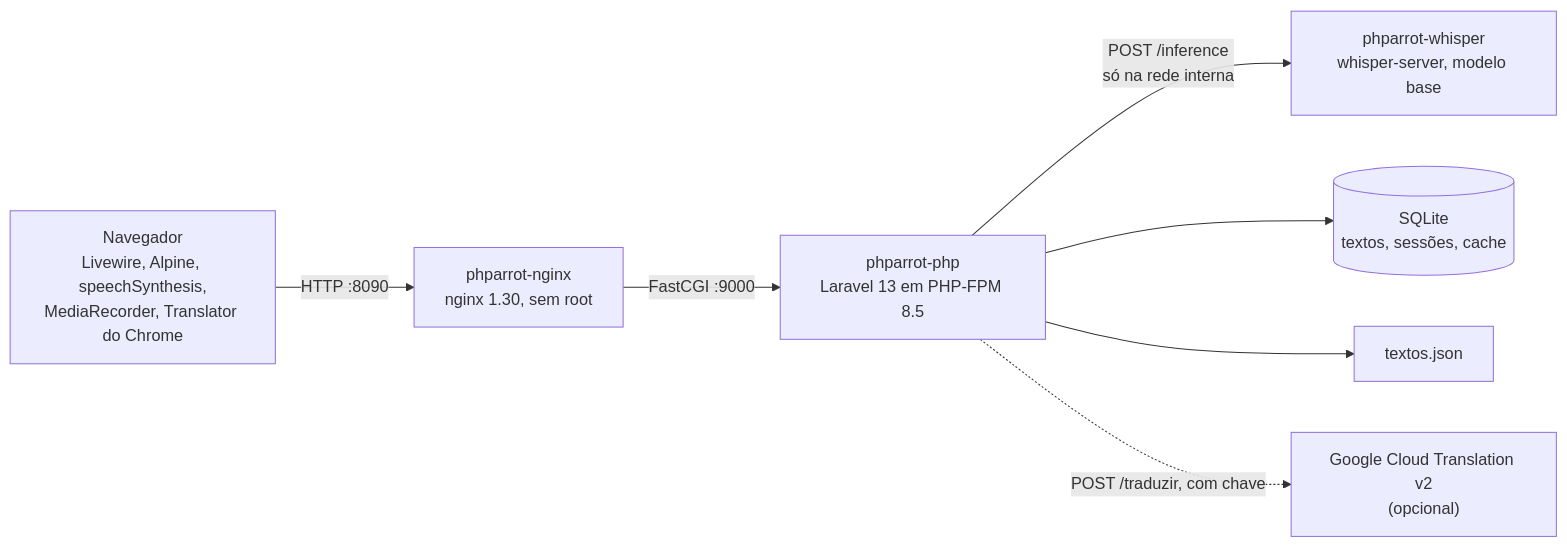
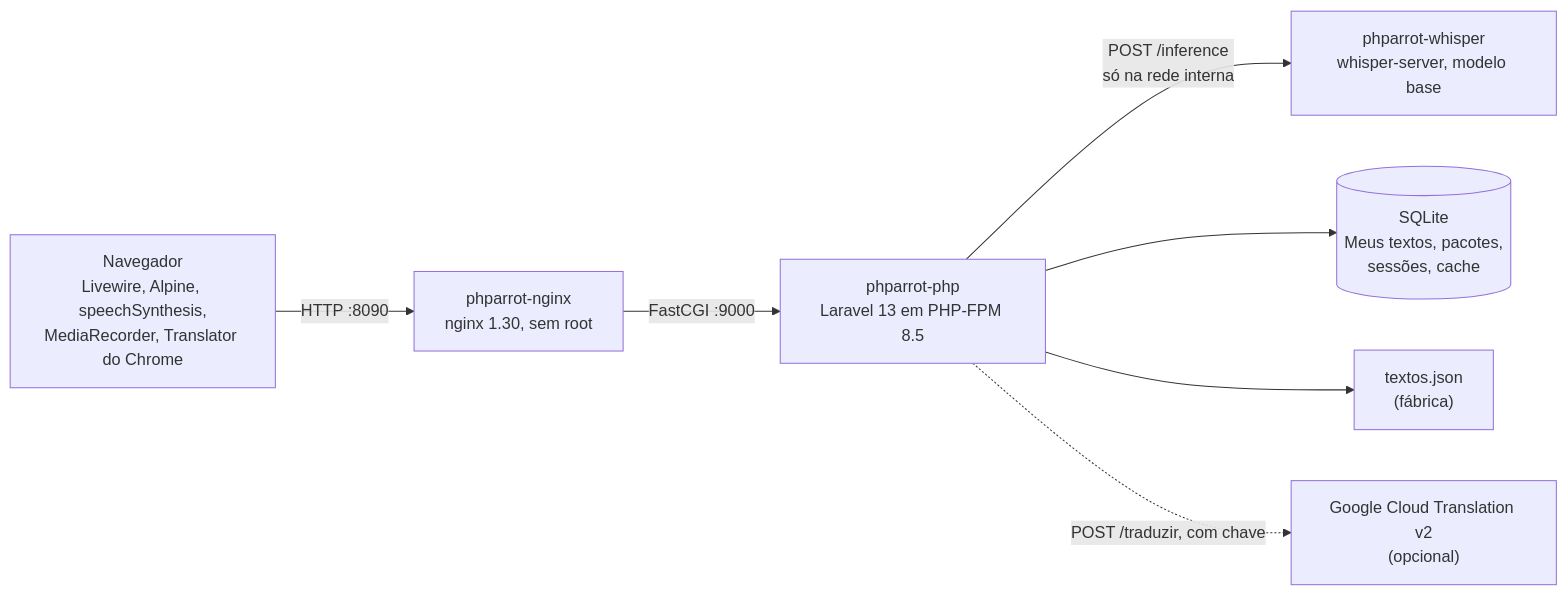
Before and after one commit to caiobarilli/PHParrot: the diagram in docs/arquitetura.md, drawn with Mermaid. The commit also changed other lines of this file and 5 other files, not shown here.

Commit message:
docs: pacotes, temas e textos:validar no README e em docs

````diff
--- a/docs/arquitetura.md
+++ b/docs/arquitetura.md
@@ -5,17 +5,17 @@
 ```mermaid
 flowchart LR
     nav["Navegador<br/>Livewire, Alpine, speechSynthesis,<br/>MediaRecorder, Translator do Chrome"]
     nginx["phparrot-nginx<br/>nginx 1.30, sem root"]
     php["phparrot-php<br/>Laravel 13 em PHP-FPM 8.5"]
     whisper["phparrot-whisper<br/>whisper-server, modelo base"]
-    db[("SQLite<br/>textos, sessões, cache")]
-    json["textos.json"]
+    db[("SQLite<br/>Meus textos, pacotes,<br/>sessões, cache")]
+    json["textos.json<br/>(fábrica)"]
     google["Google Cloud Translation v2<br/>(opcional)"]
 
     nav -- "HTTP :8090" --> nginx
     nginx -- "FastCGI :9000" --> php
     php -- "POST /inference<br/>só na rede interna" --> whisper
     php --> db
     php --> json
     php -. "POST /traduzir, com chave" .-> google
 ```
````
